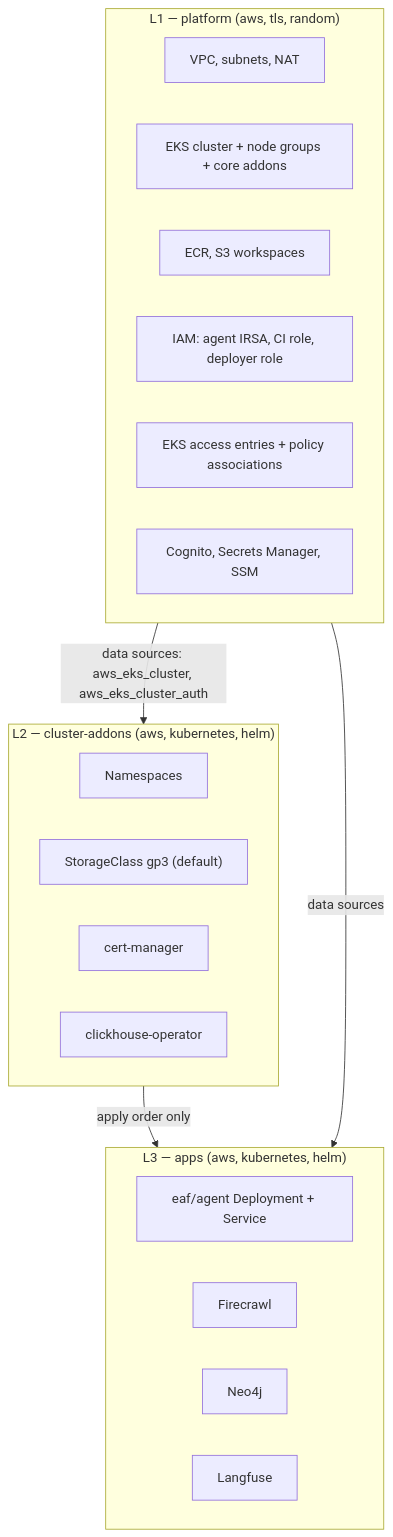
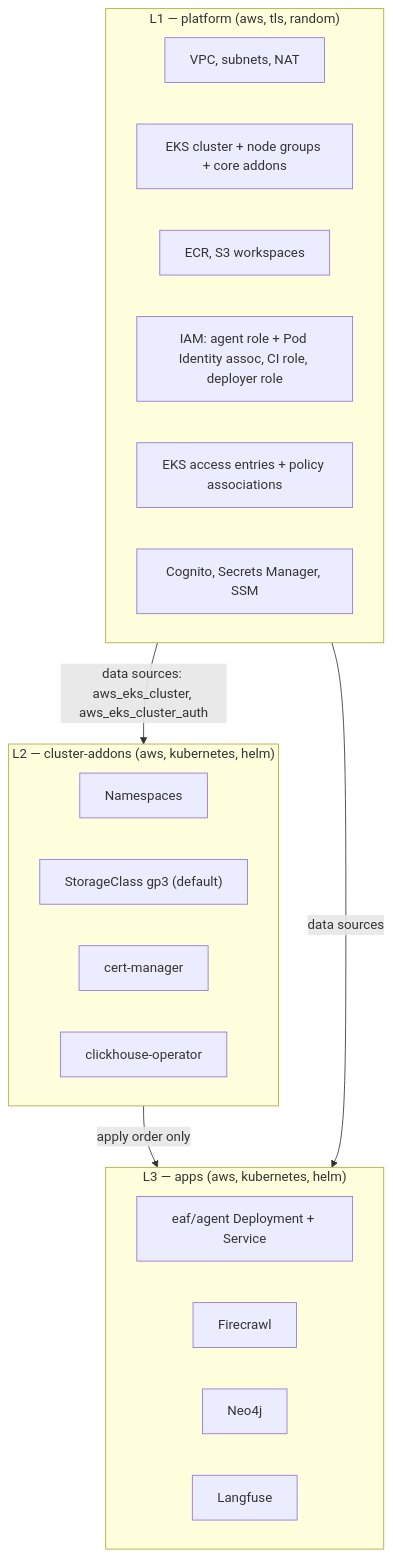
One commit to pallasaisrujan28/Enterprise-Agent-Framework-Infra changed the first of 3 diagrams in .kiro/specs/eks-platform-restructure/design.md. Above: the diagram before and after it, drawn with Mermaid. The commit also changed other lines of this file and 3 other files, not shown here.

First line of the commit message:
docs: adopt EKS Pod Identity, reversing the design's IRSA decision

````diff
--- a/.kiro/specs/eks-platform-restructure/design.md
+++ b/.kiro/specs/eks-platform-restructure/design.md
@@ -530,29 +530,29 @@
 ```mermaid
 graph TD
     subgraph L1["L1 — platform (aws, tls, random)"]
         A1[VPC, subnets, NAT]
         A2["EKS cluster + node groups + core addons"]
         A3["ECR, S3 workspaces"]
-        A4["IAM: agent IRSA, CI role, deployer role"]
+        A4["IAM: agent role + Pod Identity assoc, CI role, deployer role"]
         A5["EKS access entries + policy associations"]
         A6["Cognito, Secrets Manager, SSM"]
     end
 
     subgraph L2["L2 — cluster-addons (aws, kubernetes, helm)"]
         B1["Namespaces"]
         B2["StorageClass gp3 (default)"]
         B3["cert-manager"]
         B4["clickhouse-operator"]
     end
 
     subgraph L3["L3 — apps (aws, kubernetes, helm)"]
         C1["eaf/agent Deployment + Service"]
         C2["Firecrawl"]
         C3["Neo4j"]
         C4["Langfuse"]
     end
 
     L1 -->|"data sources: aws_eks_cluster, aws_eks_cluster_auth"| L2
     L2 -->|"apply order only"| L3
     L1 -->|"data sources"| L3
 ```
````
